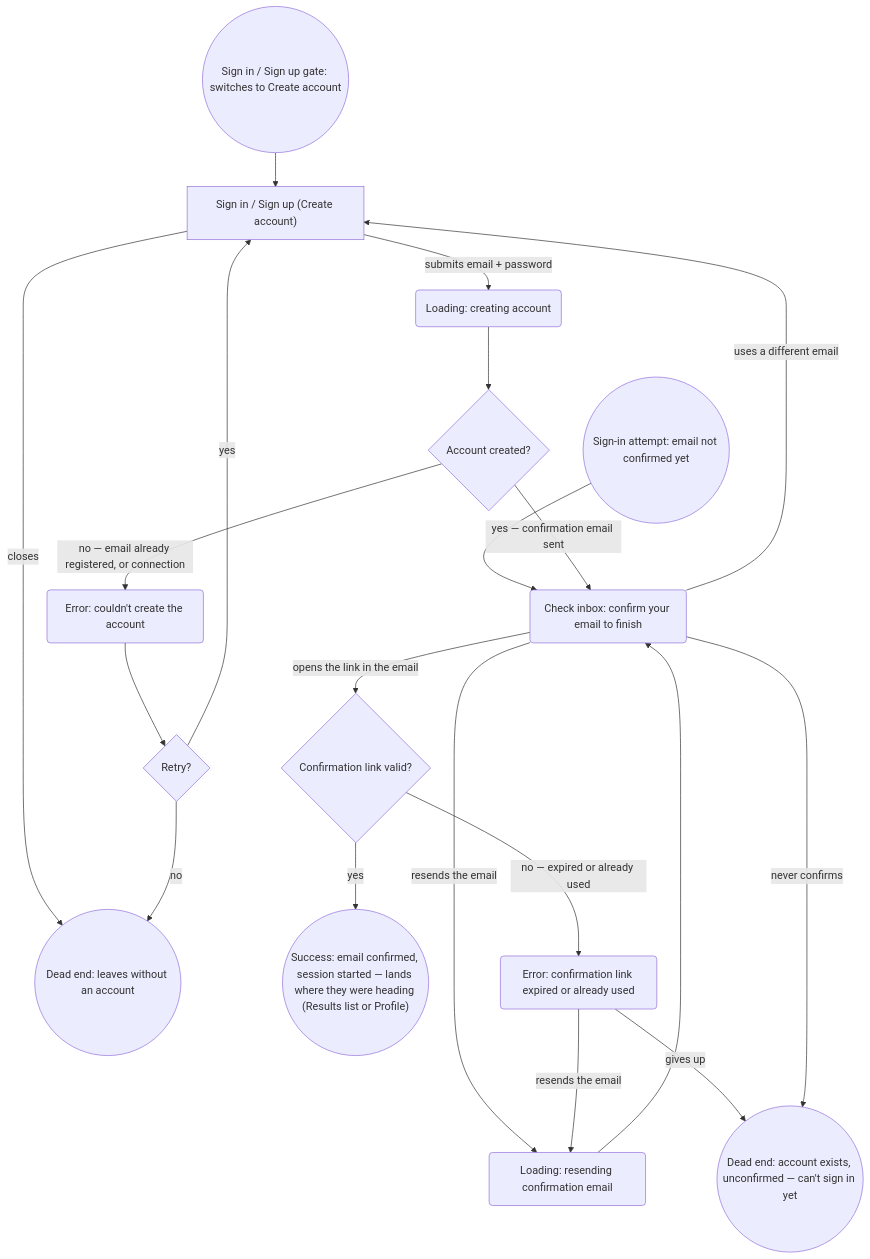
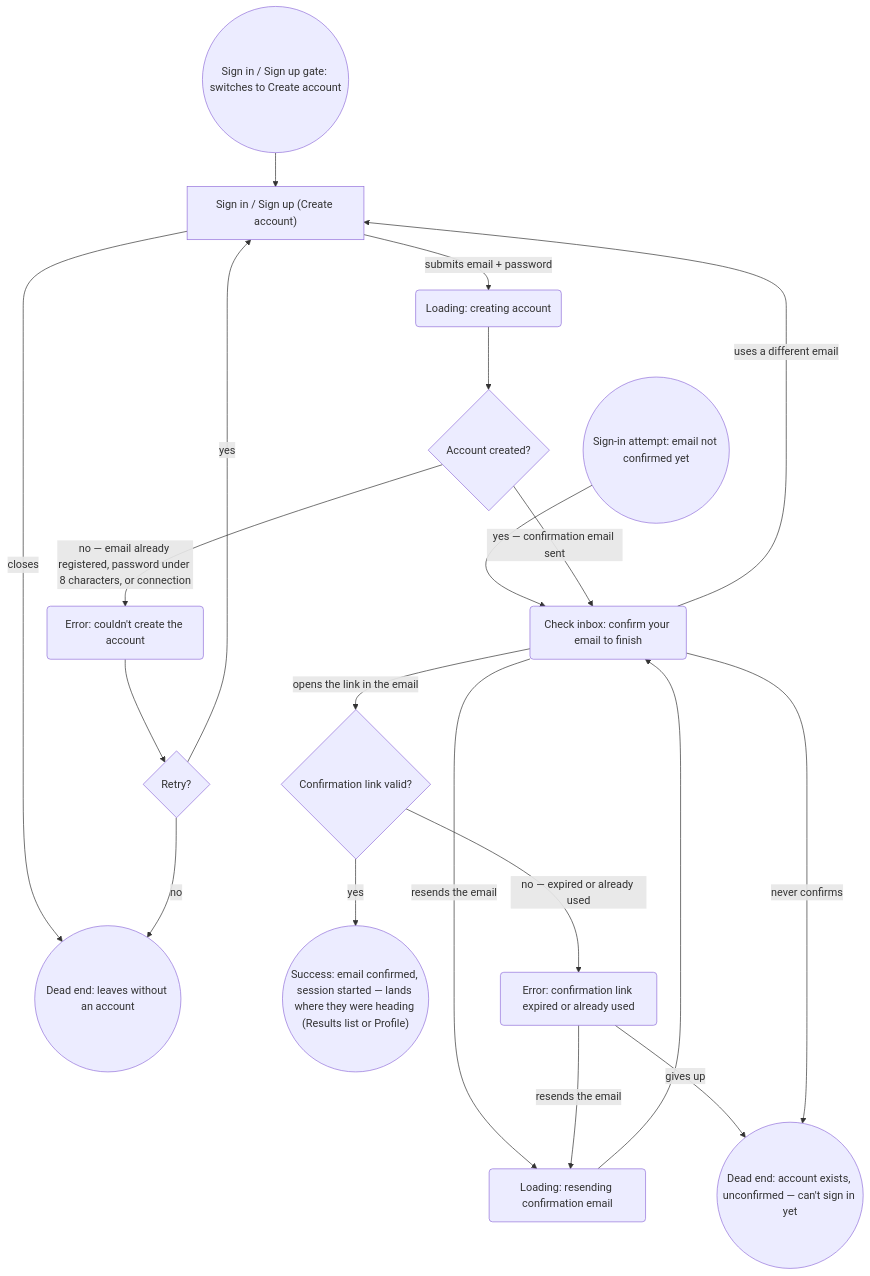
One commit to JuliaMakedonska/Onrace changed the fourth of 6 diagrams in flows.md. Above: the diagram before and after it, drawn with Mermaid. The commit also changed other lines of this file and 37 other files, not shown here.

````diff
--- a/flows.md
+++ b/flows.md
@@ -311,22 +325,22 @@
 ```mermaid
 flowchart TD
     Start4(("Sign in / Sign up gate: switches to Create account")) --> SignUpForm["Sign in / Sign up (Create account)"]
     Unconfirmed(("Sign-in attempt: email not confirmed yet")) --> CheckInbox
     SignUpForm -->|"submits email + password"| CreatingAccount("Loading: creating account")
     SignUpForm -->|"closes"| DeadEnd8(("Dead end: leaves without an account"))
     CreatingAccount --> SignUpOK{"Account created?"}
-    SignUpOK -->|"no — email already registered, or connection"| SignUpError("Error: couldn't create the account")
+    SignUpOK -->|"no — email already registered, password under 8 characters, or connection"| SignUpError("Error: couldn't create the account")
     SignUpError --> SignUpRetry{"Retry?"}
     SignUpRetry -->|"yes"| SignUpForm
     SignUpRetry -->|"no"| DeadEnd8
     SignUpOK -->|"yes — confirmation email sent"| CheckInbox("Check inbox: confirm your email to finish")
     CheckInbox -->|"resends the email"| Resending("Loading: resending confirmation email")
     Resending --> CheckInbox
     CheckInbox -->|"uses a different email"| SignUpForm
     CheckInbox -->|"opens the link in the email"| LinkValid{"Confirmation link valid?"}
     LinkValid -->|"yes"| Success4(("Success: email confirmed, session started — lands where they were heading (Results list or Profile)"))
     LinkValid -->|"no — expired or already used"| ConfirmError("Error: confirmation link expired or already used")
     ConfirmError -->|"resends the email"| Resending
     ConfirmError -->|"gives up"| DeadEnd9
     CheckInbox -->|"never confirms"| DeadEnd9(("Dead end: account exists, unconfirmed — can't sign in yet"))
 ```
````
